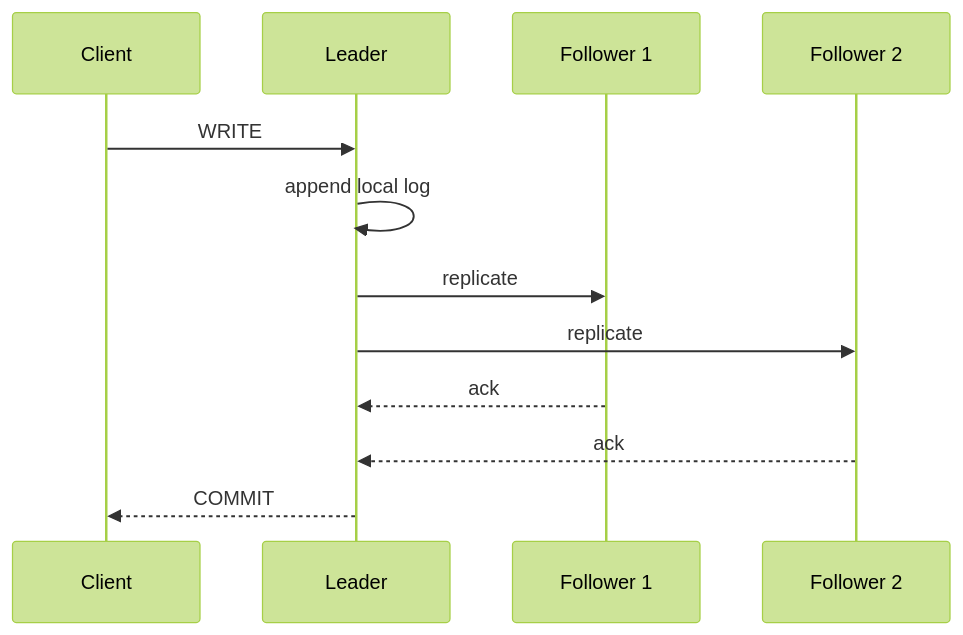
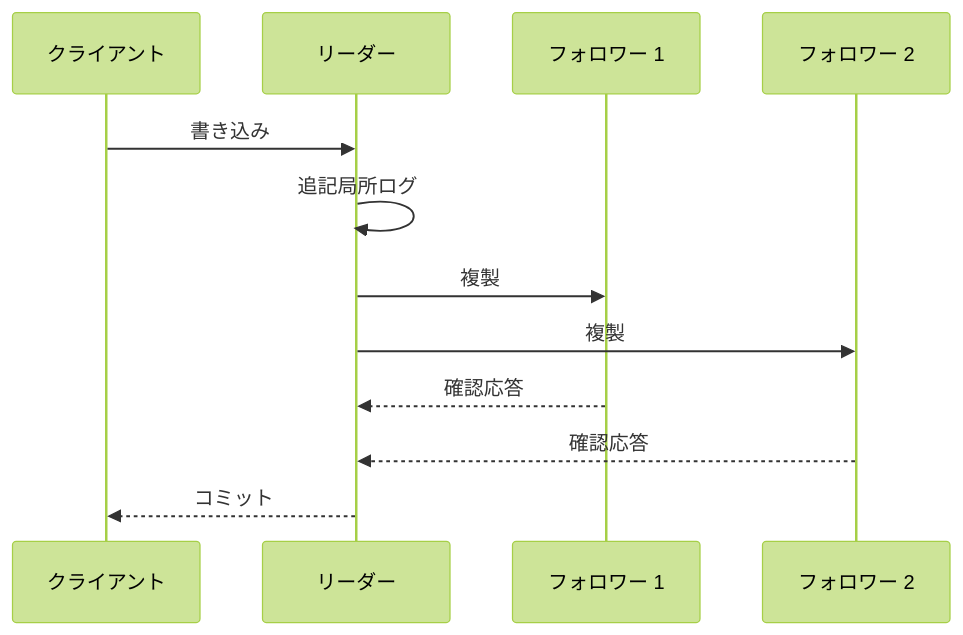
One commit to hirunebot/database-systems-book changed the first of 3 diagrams in src/content/docs/05-distributed-db/13-replication-consistency.md. Above: the diagram before and after it, drawn with Mermaid (forest theme). The commit also changed other lines of this file and 42 other files, not shown here.

````diff
--- a/src/content/docs/05-distributed-db/13-replication-consistency.md
+++ b/src/content/docs/05-distributed-db/13-replication-consistency.md
@@ -81,14 +81,14 @@
 ```mermaid
 sequenceDiagram
-    participant Client
-    participant Leader
-    participant F1 as Follower 1
-    participant F2 as Follower 2
-    Client->>Leader: WRITE
-    Leader->>Leader: append local log
-    Leader->>F1: replicate
-    Leader->>F2: replicate
-    F1-->>Leader: ack
-    F2-->>Leader: ack
-    Leader-->>Client: COMMIT
+    participant Client as クライアント
+    participant Leader as リーダー
+    participant F1 as フォロワー 1
+    participant F2 as フォロワー 2
+    Client->>Leader: 書き込み
+    Leader->>Leader: 追記局所ログ
+    Leader->>F1: 複製
+    Leader->>F2: 複製
+    F1-->>Leader: 確認応答
+    F2-->>Leader: 確認応答
+    Leader-->>Client: コミット
 ```
````
